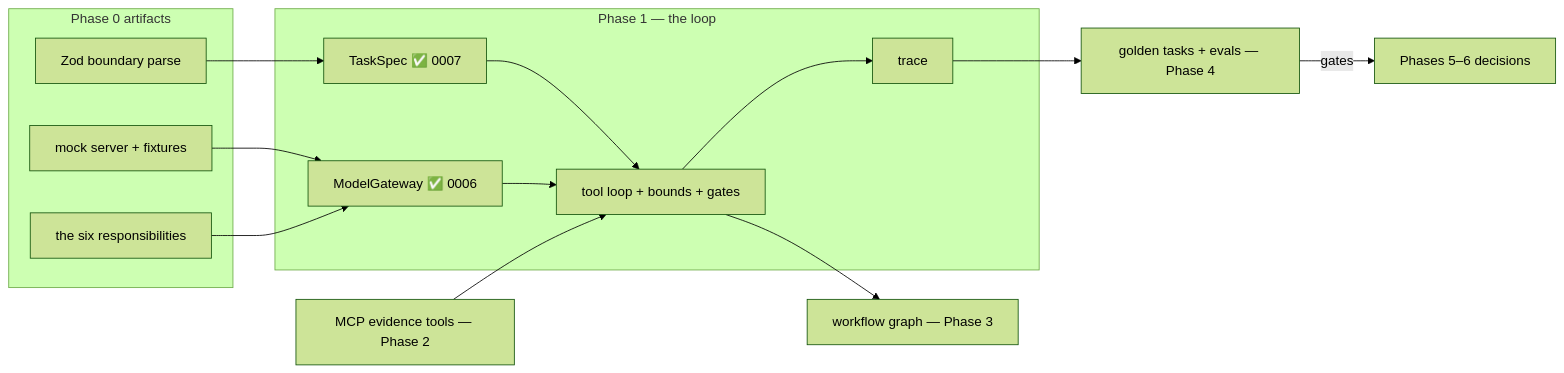
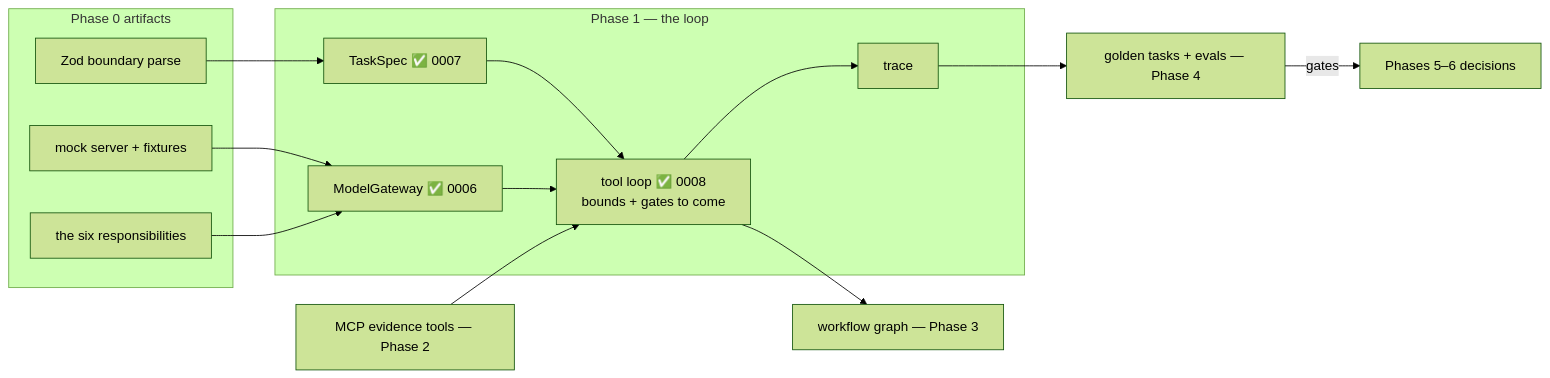
One commit to JozsefKiss90/TS changed the fourth of 4 diagrams in wiki/course/course-module-graph.md. Above: the diagram before and after it, drawn with Mermaid (forest theme). The commit also changed other lines of this file and 22 other files, not shown here.

````diff
--- a/wiki/course/course-module-graph.md
+++ b/wiki/course/course-module-graph.md
@@ -77,24 +77,24 @@
 ```mermaid
 flowchart LR
     subgraph PH0["Phase 0 artifacts"]
         MOCK["mock server + fixtures"]
         SIX["the six responsibilities"]
         ZOD["Zod boundary parse"]
     end
     subgraph PH1["Phase 1 — the loop"]
         GWY["ModelGateway ✅ 0006"]
         SPEC["TaskSpec ✅ 0007"]
-        TLOOP["tool loop + bounds + gates"]
+        TLOOP["tool loop ✅ 0008<br/>bounds + gates to come"]
         TR["trace"]
     end
     MOCK --> GWY
     SIX --> GWY
     ZOD --> SPEC
     SPEC --> TLOOP
     GWY --> TLOOP
     TLOOP --> TR
     EV["MCP evidence tools — Phase 2"] --> TLOOP
     TLOOP --> WG["workflow graph — Phase 3"]
     TR --> EVAL["golden tasks + evals — Phase 4"]
     EVAL -->|"gates"| P5P6["Phases 5–6 decisions"]
 ```
````
